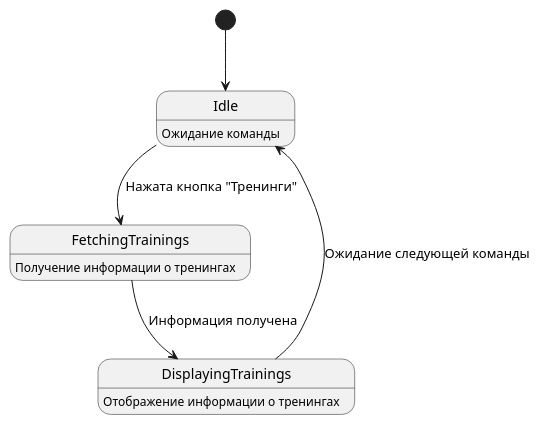
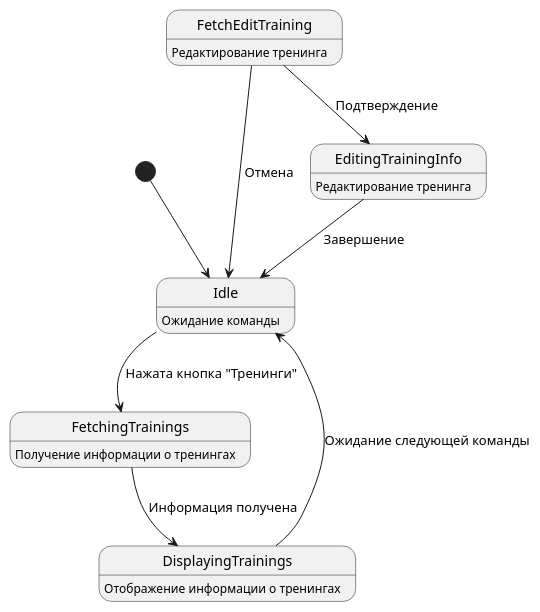
Before and after one commit to sinseiwas/PROspekt_bot: the diagram in docs/diagrams/treninngs_status.puml, drawn with PlantUML. The commit also changed 8 other files, not shown here.

```diff
--- a/docs/diagrams/treninngs_status.puml
+++ b/docs/diagrams/treninngs_status.puml
@@ -1,10 +1,17 @@
 @startuml
 [*] --> Idle
 
 Idle : Ожидание команды
 Idle --> FetchingTrainings : Нажата кнопка "Тренинги"
 FetchingTrainings : Получение информации о тренингах
 FetchingTrainings --> DisplayingTrainings : Информация получена
 DisplayingTrainings : Отображение информации о тренингах
 DisplayingTrainings --> Idle : Ожидание следующей команды
+
+FetchEditTraining : Редактирование тренинга
+FetchEditTraining --> Idle : Отмена
+FetchEditTraining --> EditingTrainingInfo : Подтверждение
+
+EditingTrainingInfo : Редактирование тренинга
+EditingTrainingInfo --> Idle : Завершение
 @enduml
```
